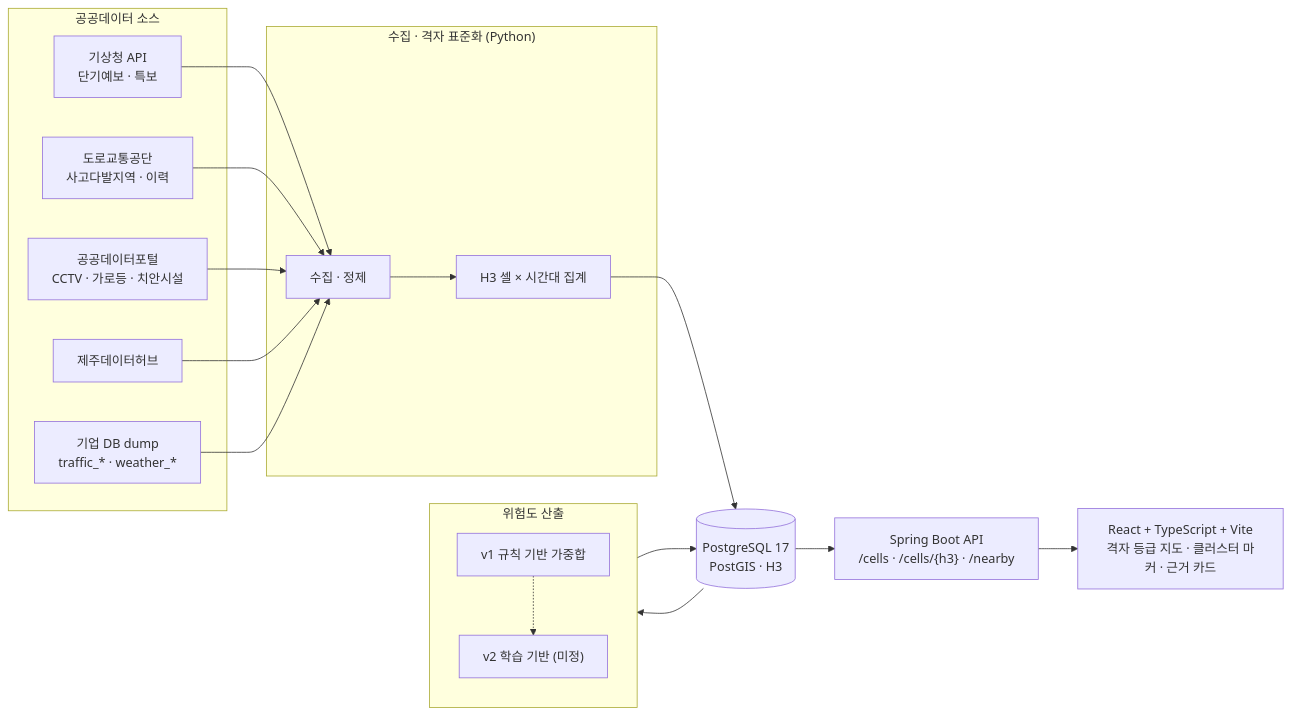
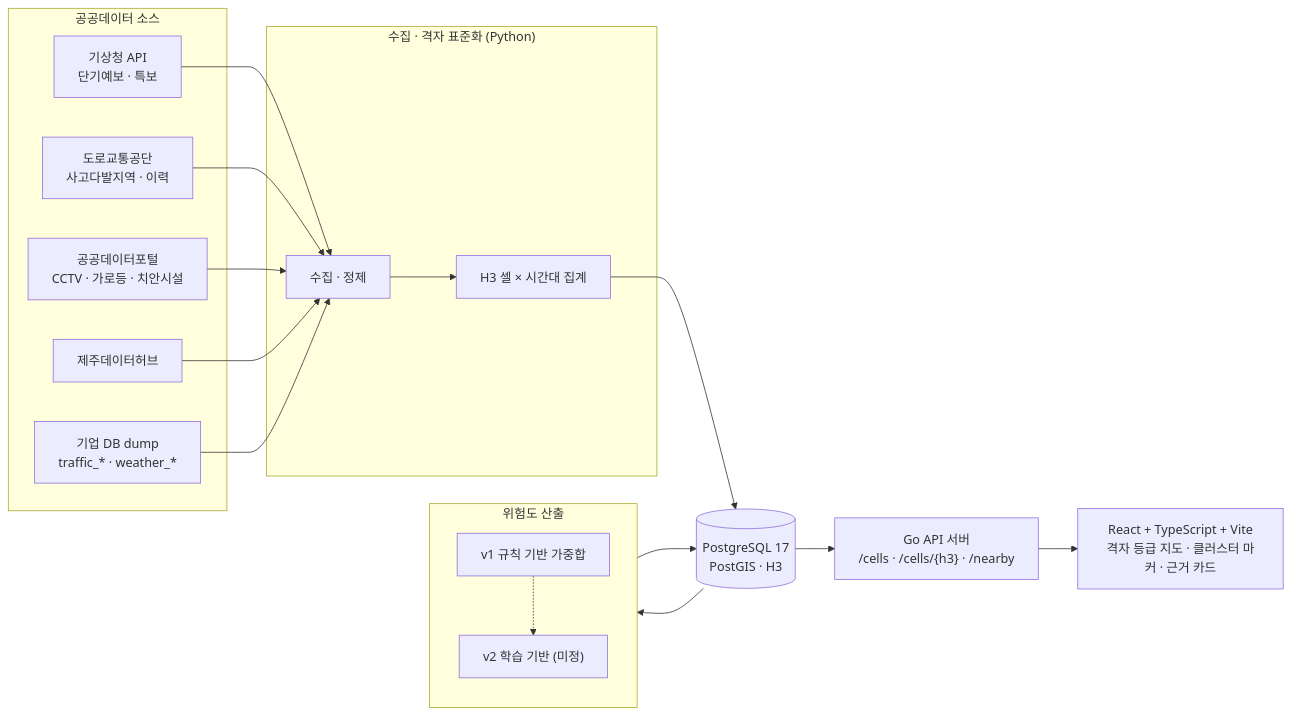
One commit to dw021213/knu-capstone-004 changed the first of 2 diagrams in README.md. Above: the diagram before and after it, drawn with Mermaid. The commit also changed other lines of this file, not shown here.

Commit message:
docs: switch backend to Go, add gantt and collaboration tools

````diff
--- a/README.md
+++ b/README.md
@@ -37,22 +38,22 @@
 ```mermaid
 flowchart LR
   subgraph SRC["공공데이터 소스"]
     KMA["기상청 API<br/>단기예보 · 특보"]
     TAAS["도로교통공단<br/>사고다발지역 · 이력"]
     DATA["공공데이터포털<br/>CCTV · 가로등 · 치안시설"]
     JEJU["제주데이터허브"]
     DUMP["기업 DB dump<br/>traffic_* · weather_*"]
   end
   subgraph PIPE["수집 · 격자 표준화 (Python)"]
     COL["수집 · 정제"] --> H3["H3 셀 × 시간대 집계"]
   end
   DB[("PostgreSQL 17<br/>PostGIS · H3")]
   subgraph RISK["위험도 산출"]
     V1["v1 규칙 기반 가중합"] -.-> V2["v2 학습 기반 (미정)"]
   end
-  API["Spring Boot API<br/>/cells · /cells/{h3} · /nearby"]
+  API["Go API 서버<br/>/cells · /cells/{h3} · /nearby"]
   WEB["React + TypeScript + Vite<br/>격자 등급 지도 · 클러스터 마커 · 근거 카드"]
   KMA & TAAS & DATA & JEJU & DUMP --> COL
   H3 --> DB --> RISK --> DB
   DB --> API --> WEB
 ```
````
